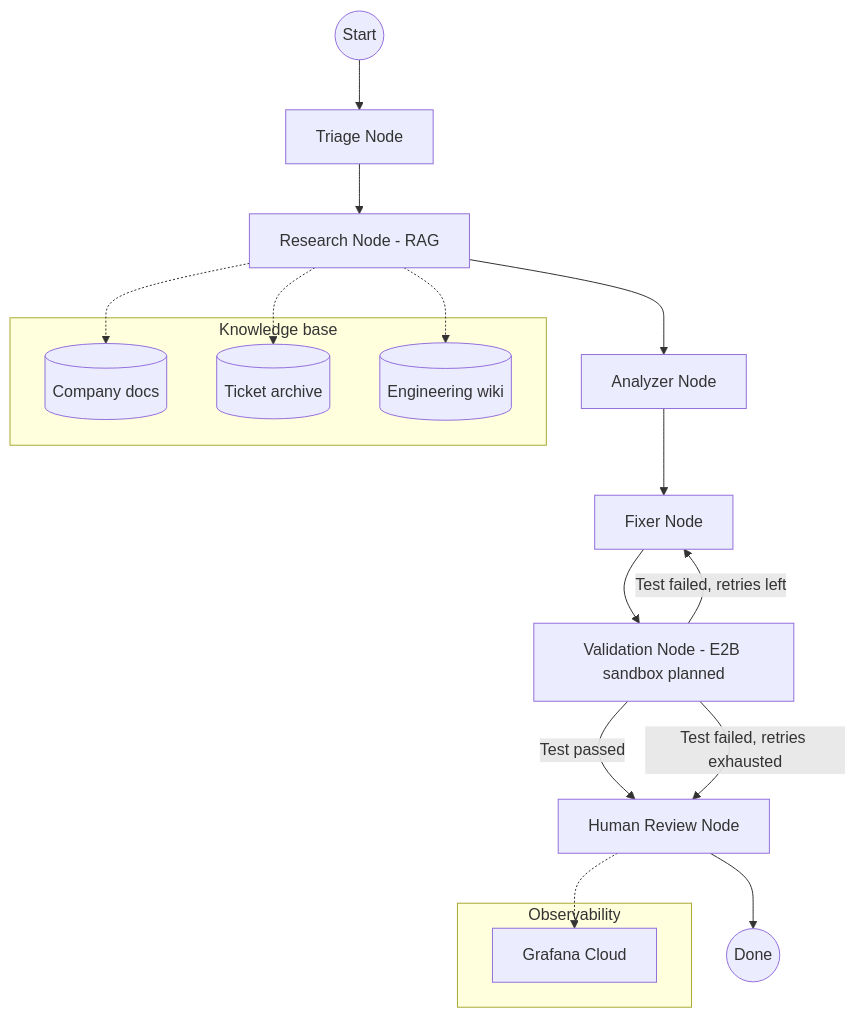
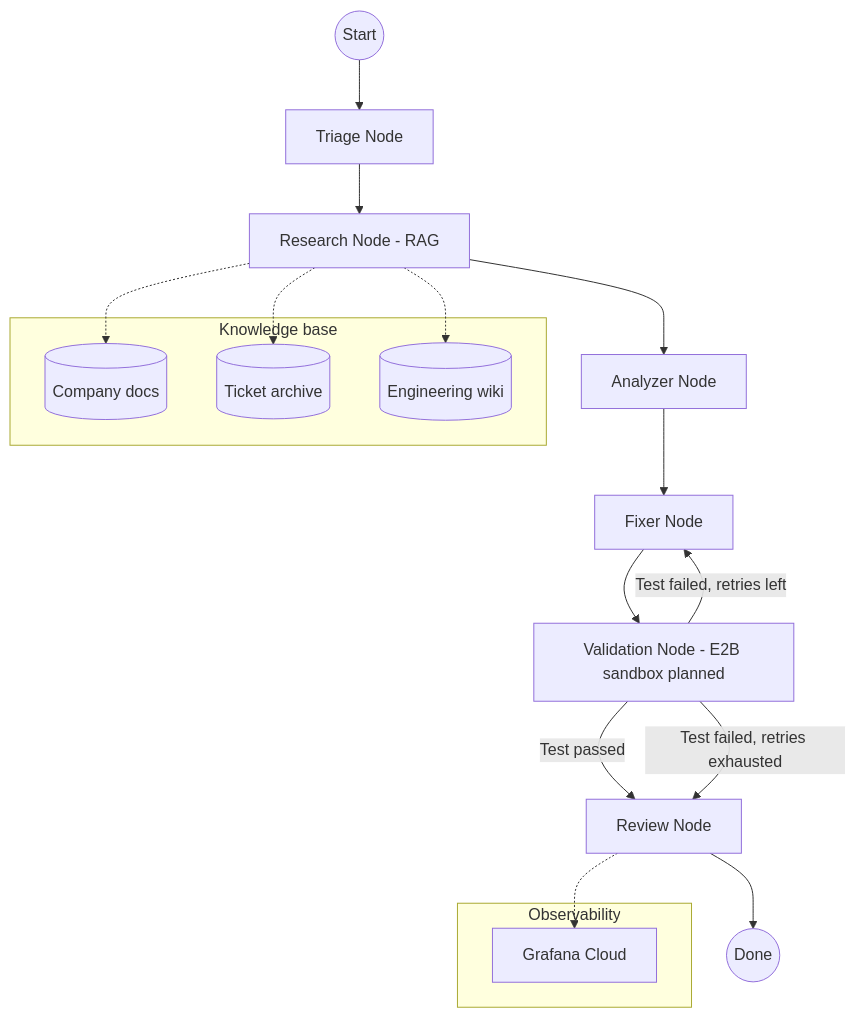
One commit to MuhammadAbbas01/Self_Healing_Customer_support_agent changed the first of 3 diagrams in README.md. Above: the diagram before and after it, drawn with Mermaid. The commit also changed other lines of this file and 4 other files, not shown here.

Commit message:
Redraw architecture diagrams with validation-stage wording; call the final step Review

````diff
--- a/README.md
+++ b/README.md
@@ -27,28 +27,28 @@
 ```mermaid
 graph TD
     START((Start)) --> TRIAGE[Triage Node]
     TRIAGE --> RESEARCH[Research Node - RAG]
     RESEARCH --> ANALYZER[Analyzer Node]
     ANALYZER --> FIXER[Fixer Node]
     FIXER --> SANDBOX[Validation Node - E2B sandbox planned]
-    SANDBOX -- "Test passed" --> HUMAN_REVIEW[Human Review Node]
+    SANDBOX -- "Test passed" --> HUMAN_REVIEW[Review Node]
     SANDBOX -- "Test failed, retries left" --> FIXER
     SANDBOX -- "Test failed, retries exhausted" --> HUMAN_REVIEW
     HUMAN_REVIEW --> FINISH((Done))
 
     subgraph "Knowledge base"
         DOCS[(Company docs)]
         TICKETS[(Ticket archive)]
         WIKI[(Engineering wiki)]
     end
 
     RESEARCH -.-> DOCS
     RESEARCH -.-> TICKETS
     RESEARCH -.-> WIKI
 
     subgraph "Observability"
         GRAFANA[Grafana Cloud]
     end
 
     HUMAN_REVIEW -.-> GRAFANA
 ```
````
